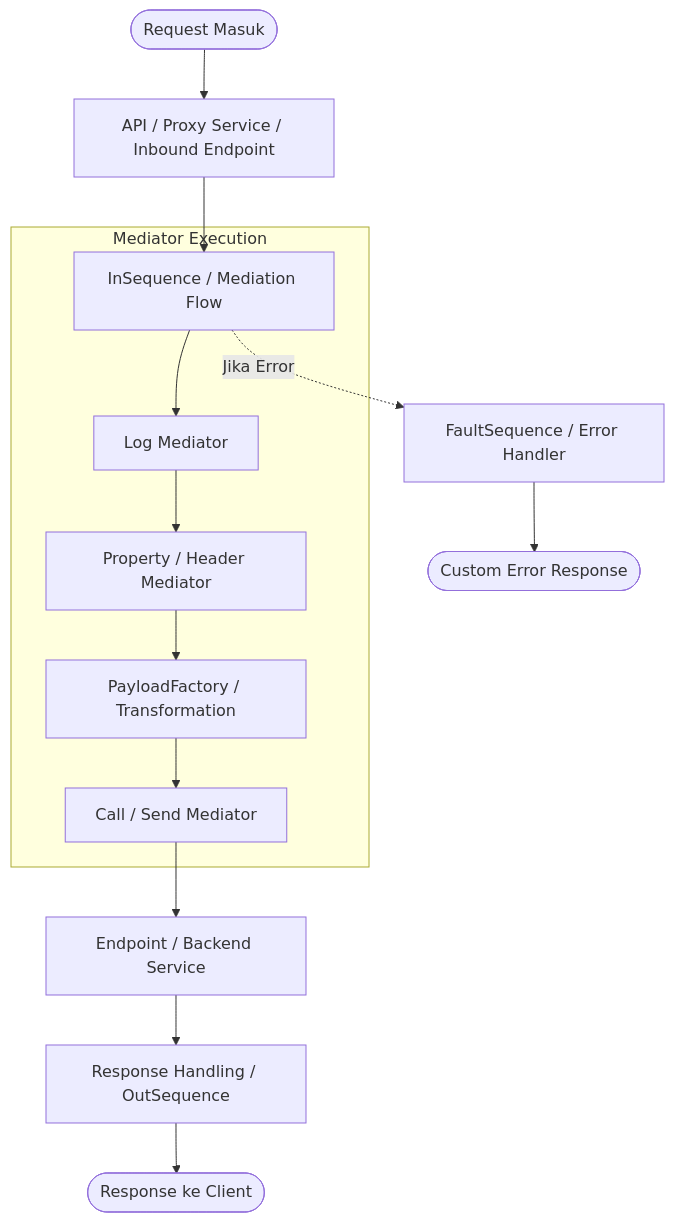
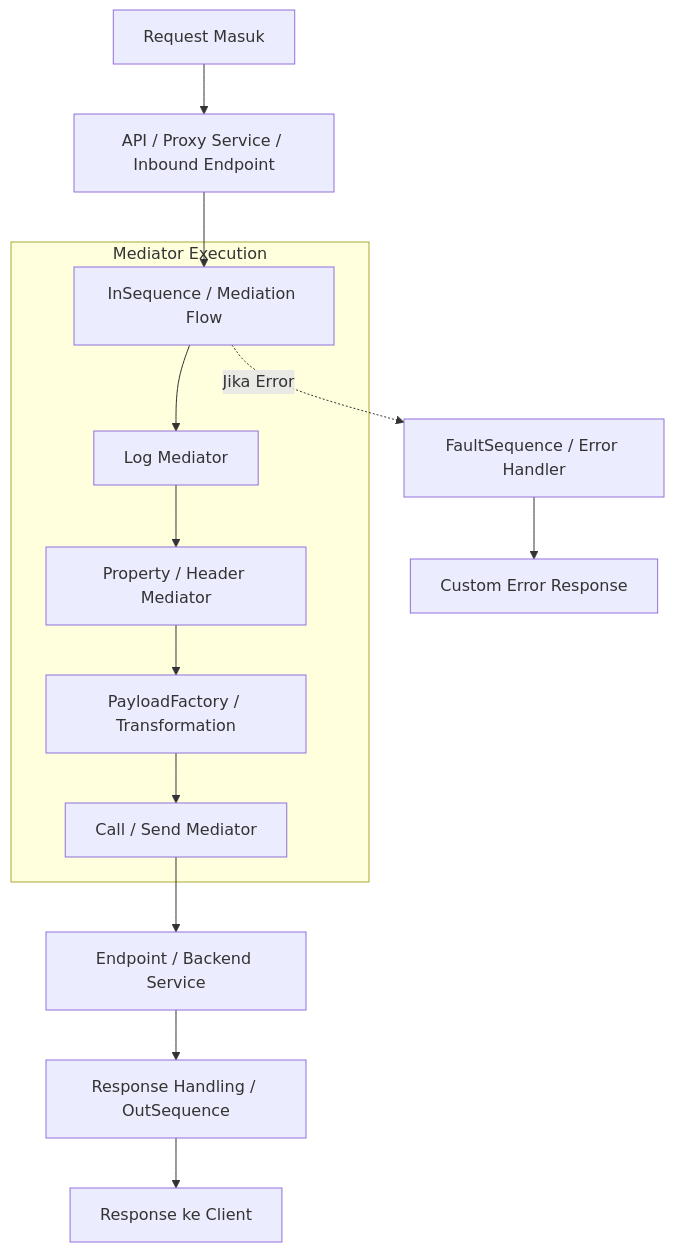
One commit to jovancamorris/assa-learn-tech changed the fourth of 5 diagrams in materi/wso2/pengenalan_wso2_integrator.md. Above: the diagram before and after it, drawn with Mermaid. The commit also changed other lines of this file and 11 other files, not shown here.

````diff
--- a/materi/wso2/pengenalan_wso2_integrator.md
+++ b/materi/wso2/pengenalan_wso2_integrator.md
@@ -147,19 +147,19 @@
 ```mermaid
 flowchart TD
-    Req([Request Masuk]) --> Inbound[API / Proxy Service / Inbound Endpoint]
-    Inbound --> InSeq[InSequence / Mediation Flow]
+    Req["Request Masuk"] --> Inbound["API / Proxy Service / Inbound Endpoint"]
+    Inbound --> InSeq["InSequence / Mediation Flow"]
     
-    subgraph Mediators [Mediator Execution]
-        InSeq --> M1[Log Mediator]
-        M1 --> M2[Property / Header Mediator]
-        M2 --> M3[PayloadFactory / Transformation]
-        M3 --> Call[Call / Send Mediator]
+    subgraph Mediators ["Mediator Execution"]
+        InSeq --> M1["Log Mediator"]
+        M1 --> M2["Property / Header Mediator"]
+        M2 --> M3["PayloadFactory / Transformation"]
+        M3 --> Call["Call / Send Mediator"]
     end
 
-    Call --> EP[Endpoint / Backend Service]
-    EP --> OutSeq[Response Handling / OutSequence]
-    OutSeq --> Resp([Response ke Client])
+    Call --> EP["Endpoint / Backend Service"]
+    EP --> OutSeq["Response Handling / OutSequence"]
+    OutSeq --> Resp["Response ke Client"]
 
-    InSeq -.->|Jika Error| FaultSeq[FaultSequence / Error Handler]
-    FaultSeq --> ErrResp([Custom Error Response])
+    InSeq -.->|"Jika Error"| FaultSeq["FaultSequence / Error Handler"]
+    FaultSeq --> ErrResp["Custom Error Response"]
 ```
````
